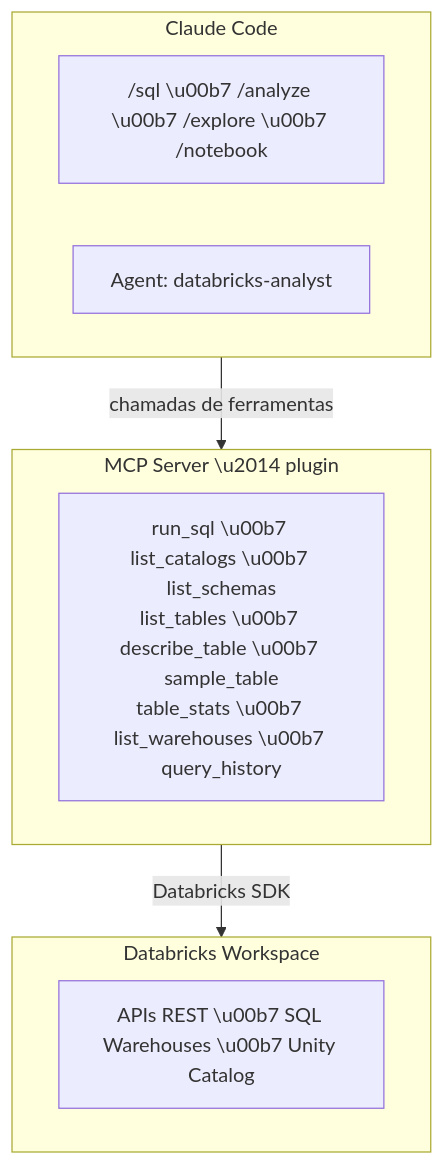
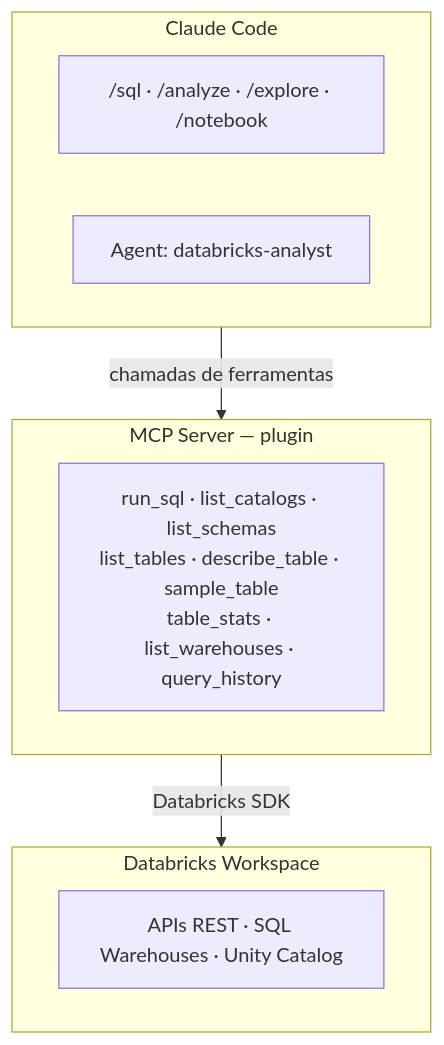
One commit to rasterxtech/databricks-mcp-toolkit changed the diagram in README.md. Above: the diagram before and after it, drawn with Mermaid. The commit also changed other lines of this file, not shown here.

````diff
--- a/README.md
+++ b/README.md
@@ -213,18 +213,18 @@
 ```mermaid
 flowchart TD
   subgraph claude ["Claude Code"]
-    skills["/sql \u00b7 /analyze \u00b7 /explore \u00b7 /notebook"]
+    skills["/sql · /analyze · /explore · /notebook"]
     agent["Agent: databricks-analyst"]
   end
 
-  subgraph mcp ["MCP Server \u2014 plugin"]
-    tools["run_sql \u00b7 list_catalogs \u00b7 list_schemas\nlist_tables \u00b7 describe_table \u00b7 sample_table\ntable_stats \u00b7 list_warehouses \u00b7 query_history"]
+  subgraph mcp ["MCP Server — plugin"]
+    tools["run_sql · list_catalogs · list_schemas\nlist_tables · describe_table · sample_table\ntable_stats · list_warehouses · query_history"]
   end
 
   subgraph databricks ["Databricks Workspace"]
-    apis["APIs REST \u00b7 SQL Warehouses \u00b7 Unity Catalog"]
+    apis["APIs REST · SQL Warehouses · Unity Catalog"]
   end
 
   claude -- "chamadas de ferramentas" --> mcp
   mcp -- "Databricks SDK" --> databricks
 ```
````
